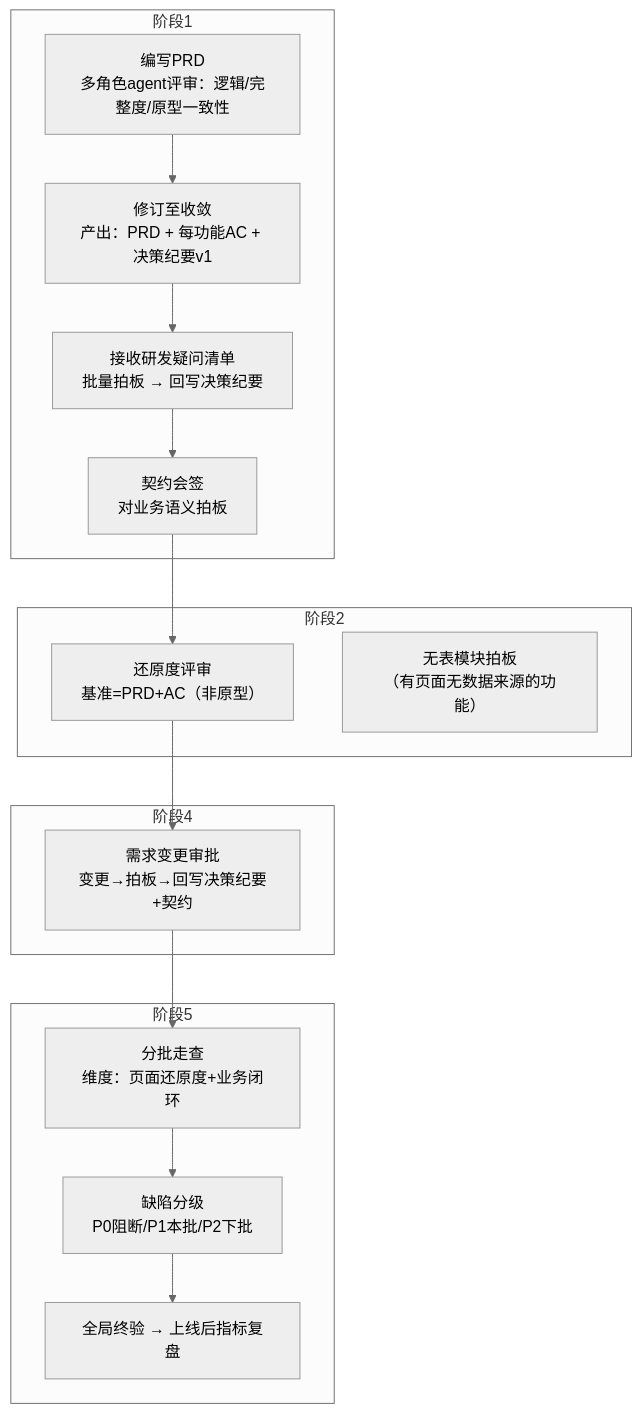
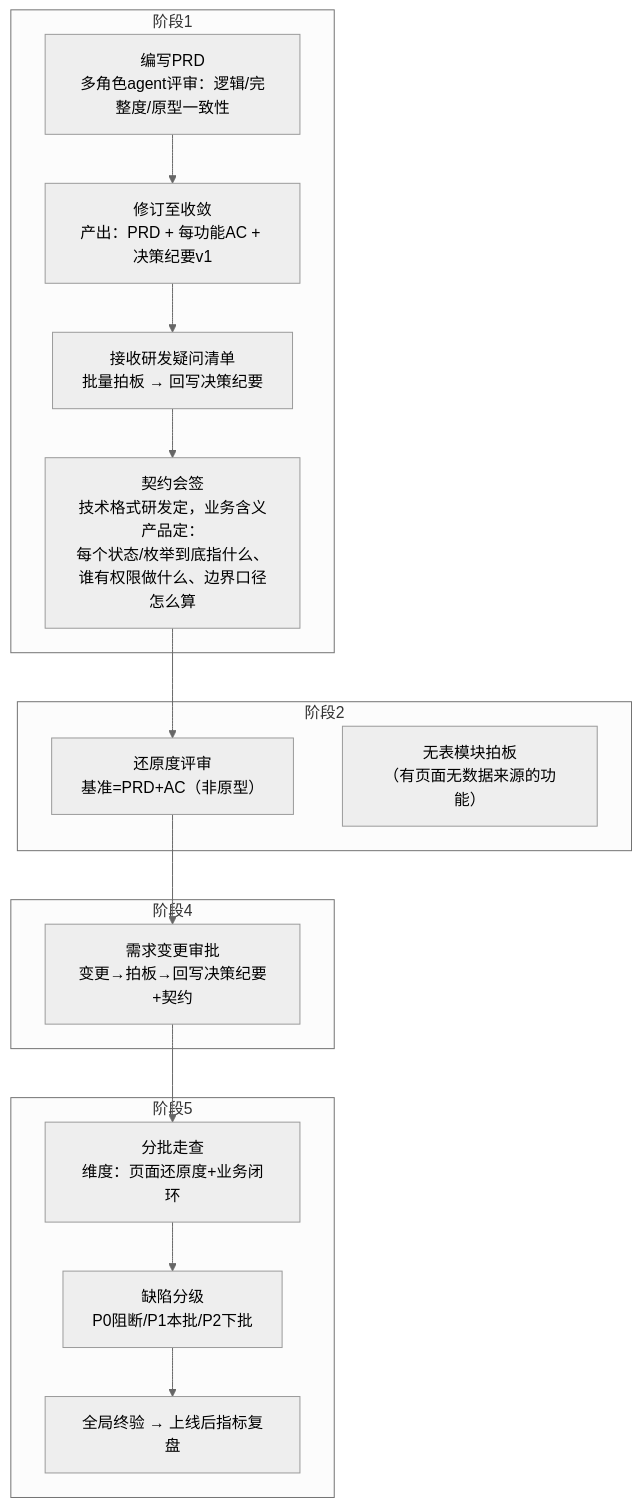
One commit to Woaini654321/efficiency-improvement changed the third of 6 diagrams in 3.AI提效协同开发新模式：前后端分离项目全流程（流程图与说明）.md. Above: the diagram before and after it, drawn with Mermaid (neutral theme). The commit also changed other lines of this file, not shown here.

````diff
--- a/3.AI提效协同开发新模式：前后端分离项目全流程（流程图与说明）.md
+++ b/3.AI提效协同开发新模式：前后端分离项目全流程（流程图与说明）.md
@@ -129,22 +130,22 @@
 ```mermaid
 flowchart TD
     subgraph A1["阶段1"]
         P1["编写PRD<br/>多角色agent评审：逻辑/完整度/原型一致性"] --> P2["修订至收敛<br/>产出：PRD + 每功能AC + 决策纪要v1"]
         P2 --> P3["接收研发疑问清单<br/>批量拍板 → 回写决策纪要"]
-        P3 --> P4["契约会签<br/>对业务语义拍板"]
+        P3 --> P4["契约会签<br/>技术格式研发定，业务含义产品定：<br/>每个状态/枚举到底指什么、<br/>谁有权限做什么、边界口径怎么算"]
     end
     subgraph A2["阶段2"]
         P5["还原度评审<br/>基准=PRD+AC（非原型）"]
         P6["无表模块拍板<br/>（有页面无数据来源的功能）"]
     end
     subgraph A4["阶段4"]
         P7["需求变更审批<br/>变更→拍板→回写决策纪要+契约"]
     end
     subgraph A5["阶段5"]
         P8["分批走查<br/>维度：页面还原度+业务闭环"] --> P9["缺陷分级<br/>P0阻断/P1本批/P2下批"]
         P9 --> P10["全局终验 → 上线后指标复盘"]
     end
     P4 --> P5
     P5 --> P7
     P7 --> P8
 ```
````
